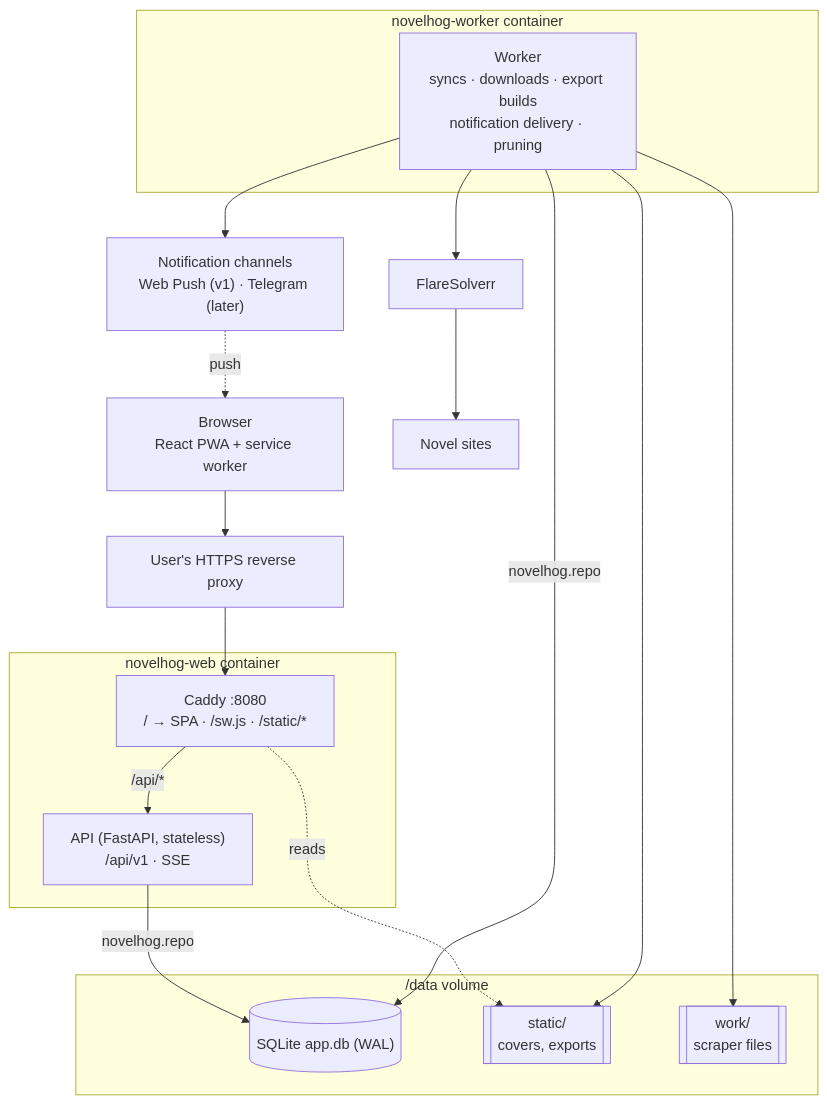
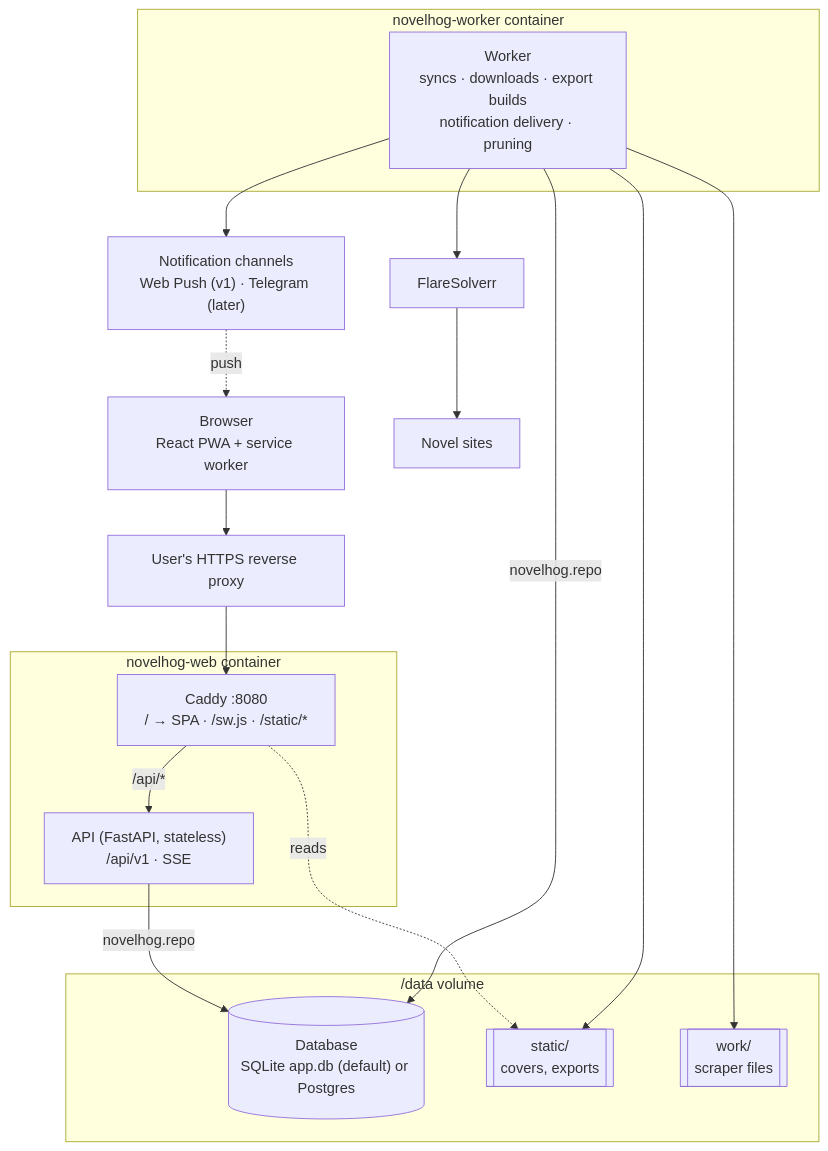
Before and after one commit to t3hk0d3/novelhog: the first of 4 diagrams in docs/superpowers/specs/2026-10-18-novelhog-design.md, drawn with Mermaid. The commit also changed other lines of this file and 1 other file, not shown here.

First line of the commit message:
docs: database access through SQLAlchemy Core with SQLite and Postgres support

````diff
--- a/docs/superpowers/specs/2026-10-18-novelhog-design.md
+++ b/docs/superpowers/specs/2026-10-18-novelhog-design.md
@@ -53,35 +53,35 @@
 ```mermaid
 flowchart TB
     browser["Browser<br/>React PWA + service worker"]
     proxy["User's HTTPS reverse proxy"]
 
     subgraph web["novelhog-web container"]
         caddy["Caddy :8080<br/>/ → SPA · /sw.js · /static/*"]
         api["API (FastAPI, stateless)<br/>/api/v1 · SSE"]
     end
 
     subgraph data["/data volume"]
-        db[("SQLite app.db (WAL)")]
+        db[("Database<br/>SQLite app.db (default) or Postgres")]
         static[["static/<br/>covers, exports"]]
         work[["work/<br/>scraper files"]]
     end
 
     subgraph wk["novelhog-worker container"]
         worker["Worker<br/>syncs · downloads · export builds<br/>notification delivery · pruning"]
     end
 
     flaresolverr["FlareSolverr"]
     sites["Novel sites"]
     channels["Notification channels<br/>Web Push (v1) · Telegram (later)"]
 
     browser --> proxy --> caddy
     caddy -- "/api/*" --> api
     caddy -. "reads" .-> static
     api -- "novelhog.repo" --> db
     worker -- "novelhog.repo" --> db
     worker --> static
     worker --> work
     worker --> flaresolverr --> sites
     worker --> channels
     channels -. "push" .-> browser
 ```
````
